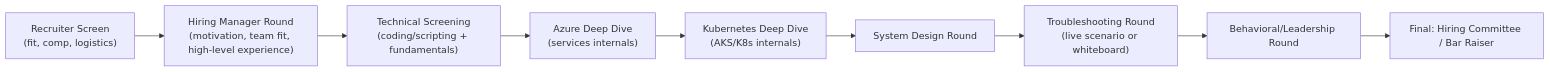
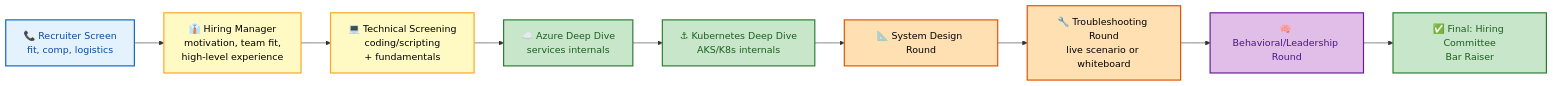
The fourth of 4 diagrams in azure/13-FAANG-BEHAVIORAL.md (rakesh-budde/devops-guide), drawn with Mermaid before and after one commit. The commit also changed other lines of this file and 73 other files, not shown here.

````diff
--- a/azure/13-FAANG-BEHAVIORAL.md
+++ b/azure/13-FAANG-BEHAVIORAL.md
@@ -5,11 +85,17 @@
 ```mermaid
-graph LR
-    A["Recruiter Screen<br/>(fit, comp, logistics)"] --> B["Hiring Manager Round<br/>(motivation, team fit, high-level experience)"]
-    B --> C["Technical Screening<br/>(coding/scripting + fundamentals)"]
-    C --> D["Azure Deep Dive<br/>(services internals)"]
-    D --> E["Kubernetes Deep Dive<br/>(AKS/K8s internals)"]
-    E --> F["System Design Round"]
-    F --> G["Troubleshooting Round<br/>(live scenario or whiteboard)"]
-    G --> H["Behavioral/Leadership Round"]
-    H --> I["Final: Hiring Committee / Bar Raiser"]
+flowchart LR
+    A["📞 Recruiter Screen<br/>fit, comp, logistics"]:::start --> B["👔 Hiring Manager<br/>motivation, team fit,<br/>high-level experience"]:::proc
+    B --> C["💻 Technical Screening<br/>coding/scripting<br/>+ fundamentals"]:::proc
+    C --> D["☁️ Azure Deep Dive<br/>services internals"]:::good
+    D --> E["⚓ Kubernetes Deep Dive<br/>AKS/K8s internals"]:::good
+    E --> F["📐 System Design Round"]:::store
+    F --> G["🔧 Troubleshooting Round<br/>live scenario or whiteboard"]:::store
+    G --> H["🧠 Behavioral/Leadership Round"]:::ctrl
+    H --> I["✅ Final: Hiring Committee<br/>Bar Raiser"]:::good
+    classDef start fill:#e3f2fd,stroke:#1565c0,color:#0d47a1,stroke-width:2px;
+    classDef proc fill:#fff9c4,stroke:#f9a825,color:#000,stroke-width:2px;
+    classDef good fill:#c8e6c9,stroke:#2e7d32,color:#1b5e20,stroke-width:2px;
+    classDef bad fill:#ffcdd2,stroke:#c62828,color:#b71c1c,stroke-width:2px;
+    classDef ctrl fill:#e1bee7,stroke:#6a1b9a,color:#4a148c,stroke-width:2px;
+    classDef store fill:#ffe0b2,stroke:#e65100,color:#000,stroke-width:2px;
 ```
````
